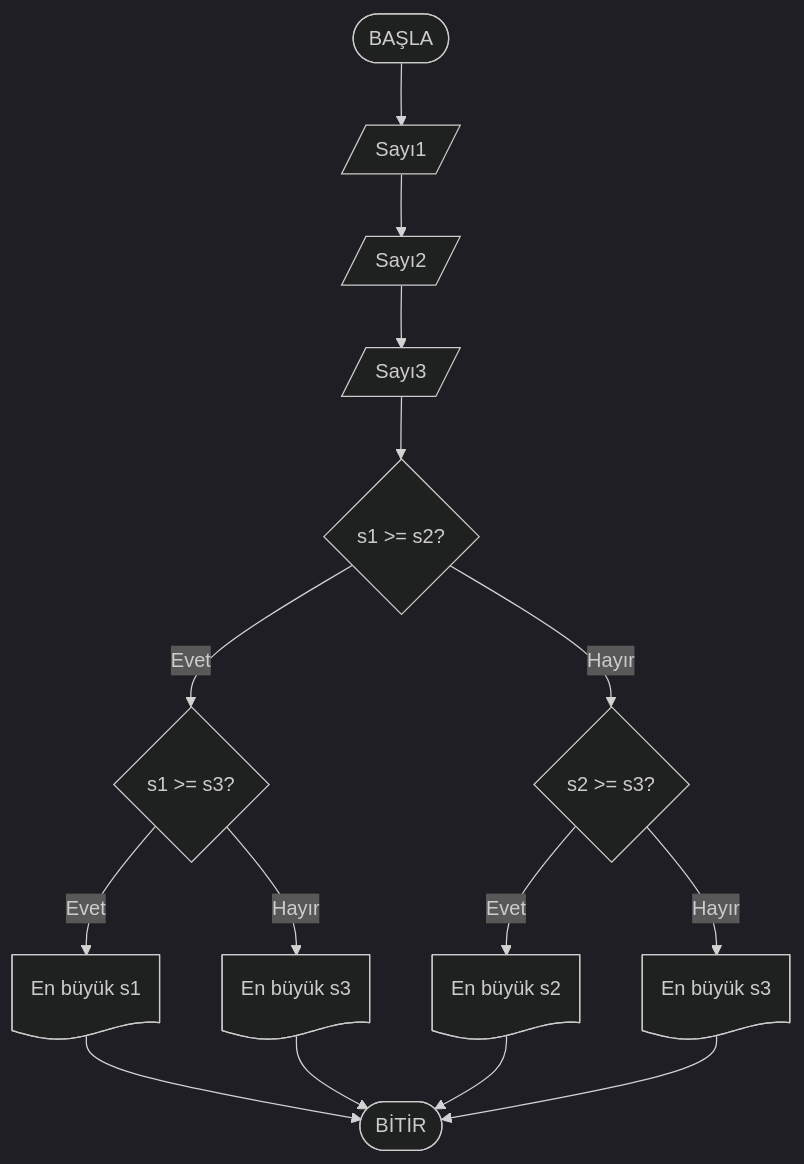
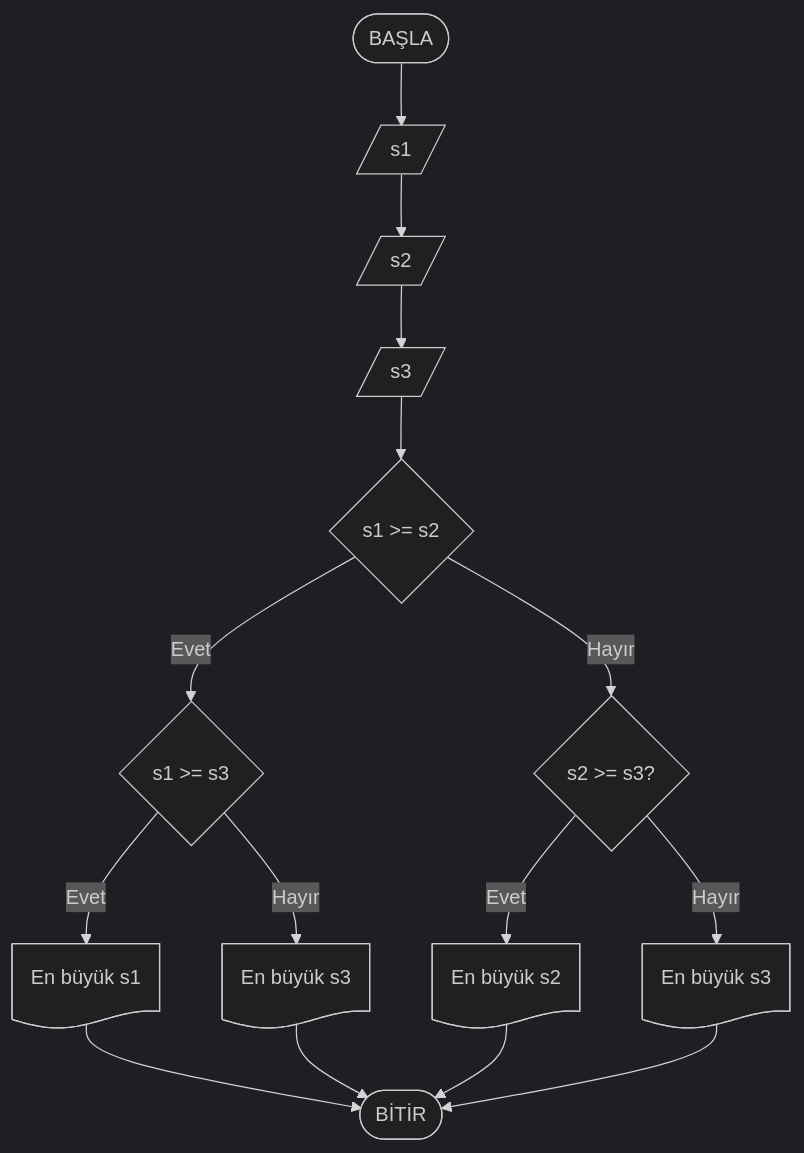
One commit to ibrahimayaz/Algoritma-ve-Programlamaya-Giris-2025 changed the third of 10 diagrams in Hafta02/ders_icerik.md. Above: the diagram before and after it, drawn with Mermaid (dark theme). The commit also changed other lines of this file, not shown here.

````diff
--- a/Hafta02/ders_icerik.md
+++ b/Hafta02/ders_icerik.md
@@ -432,11 +432,11 @@
 ```mermaid
 flowchart TD
-  start([BAŞLA]) --> in1[/Sayı1/] --> in2[/Sayı2/] --> in3[/Sayı3/]
-  in3 --> d1{s1 >= s2?}
-  d1 -- Evet --> d2{s1 >= s3?}
+  start([BAŞLA]) --> in1[/s1/] --> in2[/s2/] --> in3[/s3/]
+  in3 --> d1{s1 >= s2}
+  d1 -- Evet --> d2{s1 >= s3}
   d2 -- Evet --> max1@{ shape: doc, label: "En büyük s1" } --> endNode([BİTİR])
   d2 -- Hayır --> max3a@{ shape: doc, label: "En büyük s3" } --> endNode
   d1 -- Hayır --> d3{s2 >= s3?}
   d3 -- Evet --> max2@{ shape: doc, label: "En büyük s2" } --> endNode
   d3 -- Hayır --> max3b@{ shape: doc, label: "En büyük s3" } --> endNode
 ```
````
